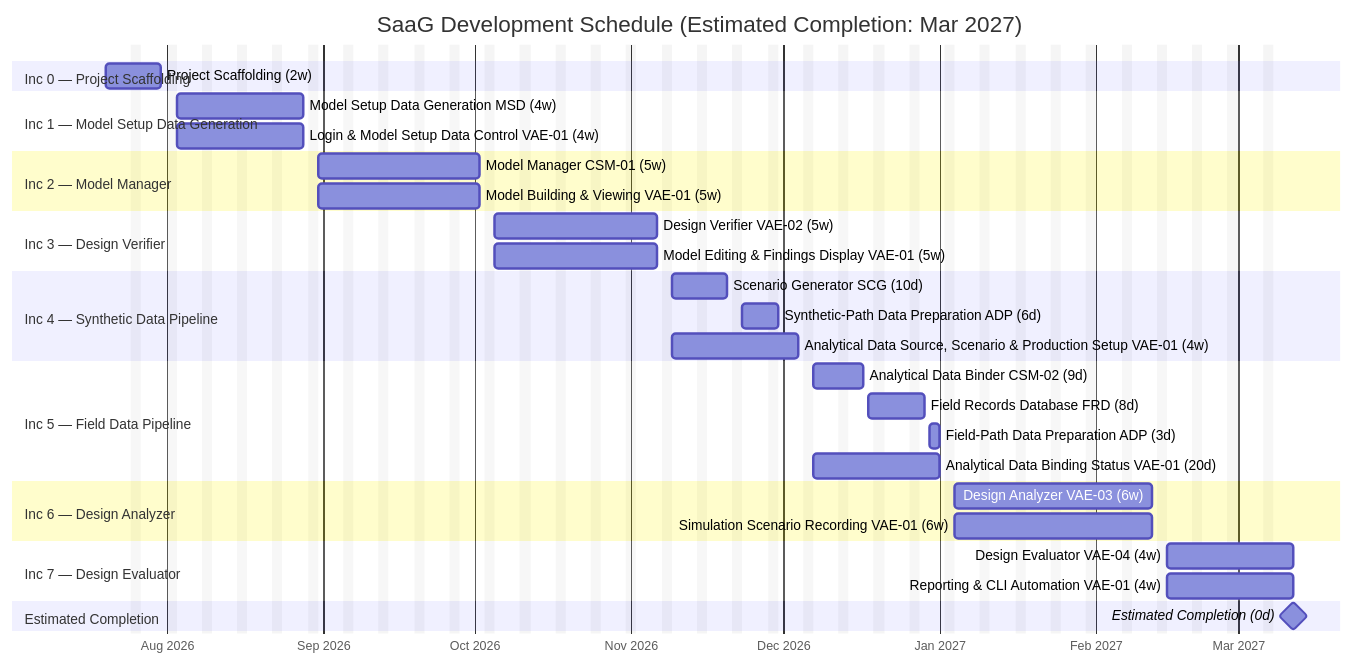
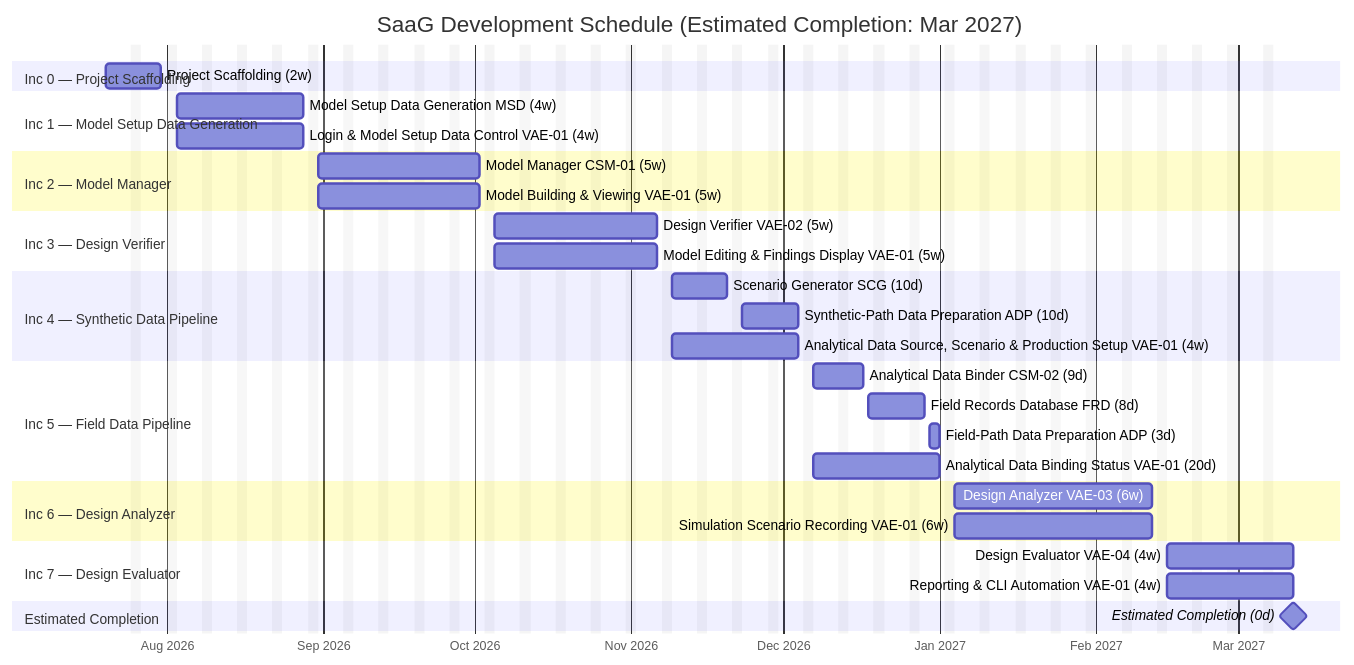
Before and after one commit to onuralpyigit/system-as-a-graph: the diagram in docs/planning/SDP.md, drawn with Mermaid.

Commit message:
docs(sdp): extend duration for synthetic-path data preparation
Adjust the timeline for the Synthetic-Path Data Preparation (ADP) task
within Increment 4 to increase its duration from 6 to 10 days,
extending the end date to 2026-12-04.

````diff
--- a/docs/planning/SDP.md
+++ b/docs/planning/SDP.md
@@ -296,45 +296,45 @@
 ```mermaid
 %%{init: { 'themeVariables': { 'excludeBkgColor': 'rgba(128,128,128,0.08)' } } }%%
 gantt
     title SaaG Development Schedule (Estimated Completion: Mar 2027)
     dateFormat YYYY-MM-DD
     axisFormat %b %Y
     excludes weekends
 
     section Inc 0 — Project Scaffolding
     Project Scaffolding (2w)      :scaffold1, 2026-07-20, 2026-07-31
 
     section Inc 1 — Model Setup Data Generation
     Model Setup Data Generation MSD (4w)               :msd, 2026-08-03, 2026-08-28
     Login & Model Setup Data Control VAE-01 (4w)       :vae01a, 2026-08-03, 2026-08-28
 
     section Inc 2 — Model Manager
     Model Manager CSM-01 (5w)                          :csm01, 2026-08-31, 2026-10-02
     Model Building & Viewing VAE-01 (5w)               :vae01b, 2026-08-31, 2026-10-02
 
     section Inc 3 — Design Verifier
     Design Verifier VAE-02 (5w)                        :vae02, 2026-10-05, 2026-11-06
     Model Editing & Findings Display VAE-01 (5w)       :vae01c, 2026-10-05, 2026-11-06
 
     section Inc 4 — Synthetic Data Pipeline
     Scenario Generator SCG (10d)                       :scg, 2026-11-09, 2026-11-20
-    Synthetic-Path Data Preparation ADP (6d)           :adpa, 2026-11-23, 2026-11-30
+    Synthetic-Path Data Preparation ADP (10d)          :adpa, 2026-11-23, 2026-12-04
     Analytical Data Source, Scenario & Production Setup VAE-01 (4w) :vae01de, 2026-11-09, 2026-12-04
 
     section Inc 5 — Field Data Pipeline
     Analytical Data Binder CSM-02 (9d)                 :csm02, 2026-12-07, 2026-12-17
     Field Records Database FRD (8d)                    :frd, 2026-12-18, 2026-12-29
     Field-Path Data Preparation ADP (3d)                :adpb, 2026-12-30, 2027-01-01
     Analytical Data Binding Status VAE-01 (20d)         :vae01f, 2026-12-07, 2027-01-01
 
     section Inc 6 — Design Analyzer
     Design Analyzer VAE-03 (6w)                         :vae03, 2027-01-04, 2027-02-12
     Simulation Scenario Recording VAE-01 (6w)           :vae01g, 2027-01-04, 2027-02-12
 
     section Inc 7 — Design Evaluator
     Design Evaluator VAE-04 (4w)                       :vae04, 2027-02-15, 2027-03-12
     Reporting & CLI Automation VAE-01 (4w)             :vae01h, 2027-02-15, 2027-03-12
 
     section Estimated Completion
     Estimated Completion (0d)                           :milestone, completion, 2027-03-12, 0d
 ```
````
